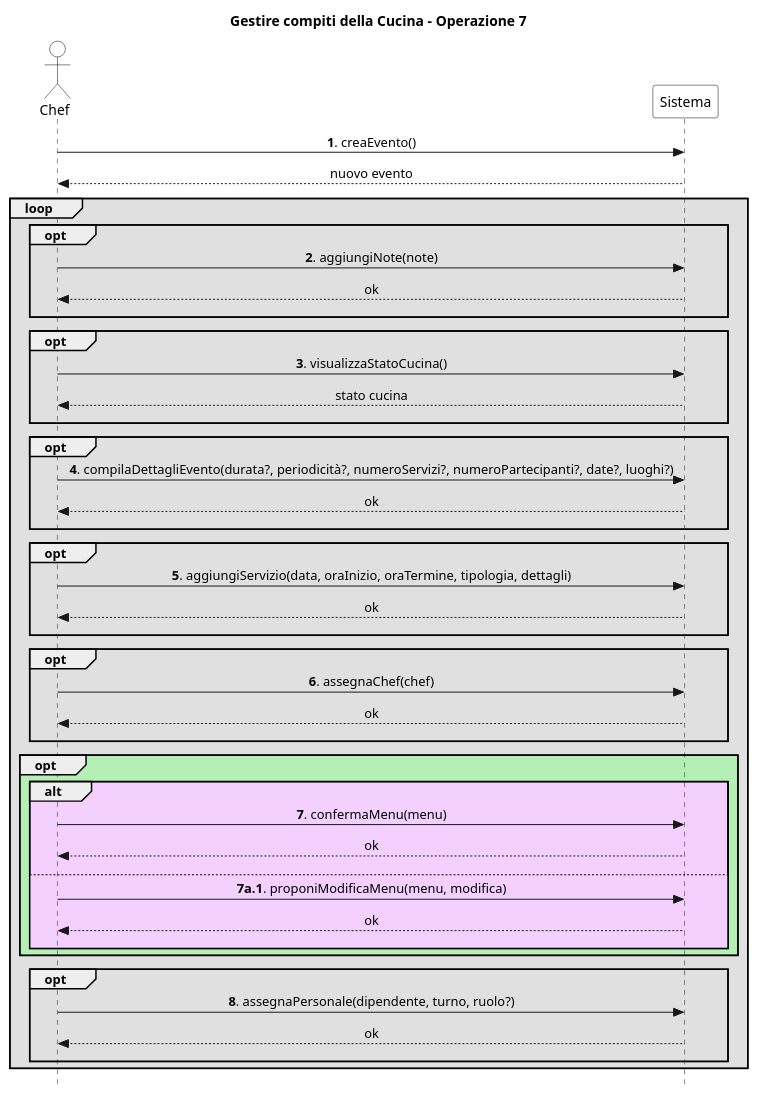
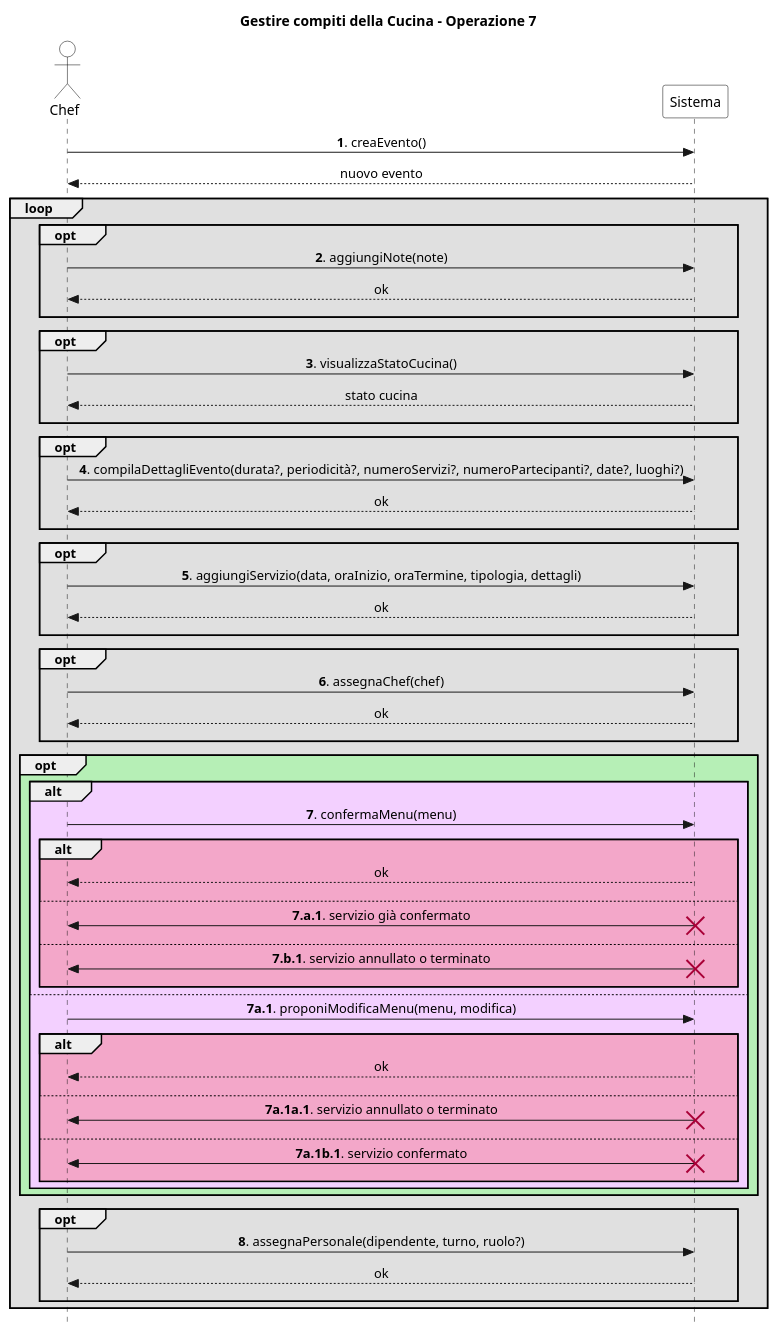
Before and after one commit to stefa168/sas-project: the diagram in UC Gestire Eventi/SSD/Estensioni-Eccezioni Op7.puml, drawn with PlantUML.

Commit message:
Aggiunte estensioni ed eccezioni

```diff
--- a/UC Gestire Eventi/SSD/Estensioni-Eccezioni Op7.puml
+++ b/UC Gestire Eventi/SSD/Estensioni-Eccezioni Op7.puml
@@ -1,69 +1,89 @@
 @startuml
 skinparam Style strictuml
 skinparam SequenceMessageAlign center
 
 skinparam sequence {
     ActorBorderColor Black
     ActorBackgroundColor White
     ParticipantBorderColor Black
     ParticipantBackgroundColor White
 }
 
 actor Chef
 participant Sistema
 
 title Gestire compiti della Cucina - Operazione 7
 
 Chef -> Sistema: **1**. creaEvento()
 return nuovo evento
 
 loop #e0e0e0
     opt #e0e0e0
         Chef -> Sistema: **2**. aggiungiNote(note)
         return ok
         ||10||
     end
 
     opt #e0e0e0
         Chef -> Sistema: **3**. visualizzaStatoCucina()
         return stato cucina
         ||10||
     end
 
     opt #e0e0e0
         Chef -> Sistema: **4**. compilaDettagliEvento(durata?, periodicità?, numeroServizi?, numeroPartecipanti?, date?, luoghi?)
         return ok
         ||10||
     end
 
     opt #e0e0e0
         Chef -> Sistema: **5**. aggiungiServizio(data, oraInizio, oraTermine, tipologia, dettagli)
         return ok
         ||10||
     end
 
     opt #e0e0e0
         Chef -> Sistema: **6**. assegnaChef(chef)
         return ok
         ||10||
     end
 
     opt #b6efb6
         alt #f3d0ff
             Chef -> Sistema: **7**. confermaMenu(menu)
-            return ok
-            ||10||
+            alt #f3a7c9
+                return ok
+                ||10||
+            else
+                Chef <- Sistema: **7.a.1**. servizio già confermato
+                destroy Sistema
+                ||10||
+            else
+                Chef <- Sistema: **7.b.1**. servizio annullato o terminato
+                destroy Sistema
+                ||10||
+            end
         else
             Chef -> Sistema: **7a.1**. proponiModificaMenu(menu, modifica)
-            return ok
-            ||10||
+            alt #f3a7c9
+                return ok
+                ||10||
+            else
+                Chef <- Sistema: **7a.1a.1**. servizio annullato o terminato
+                destroy Sistema
+                ||10||
+            else
+                Chef <- Sistema: **7a.1b.1**. servizio confermato
+                destroy Sistema
+                ||10||
+            end
         end
     end
 
     opt #e0e0e0
         Chef -> Sistema: **8**. assegnaPersonale(dipendente, turno, ruolo?)
         return ok
         ||10||
     end
 end
 @enduml
```
